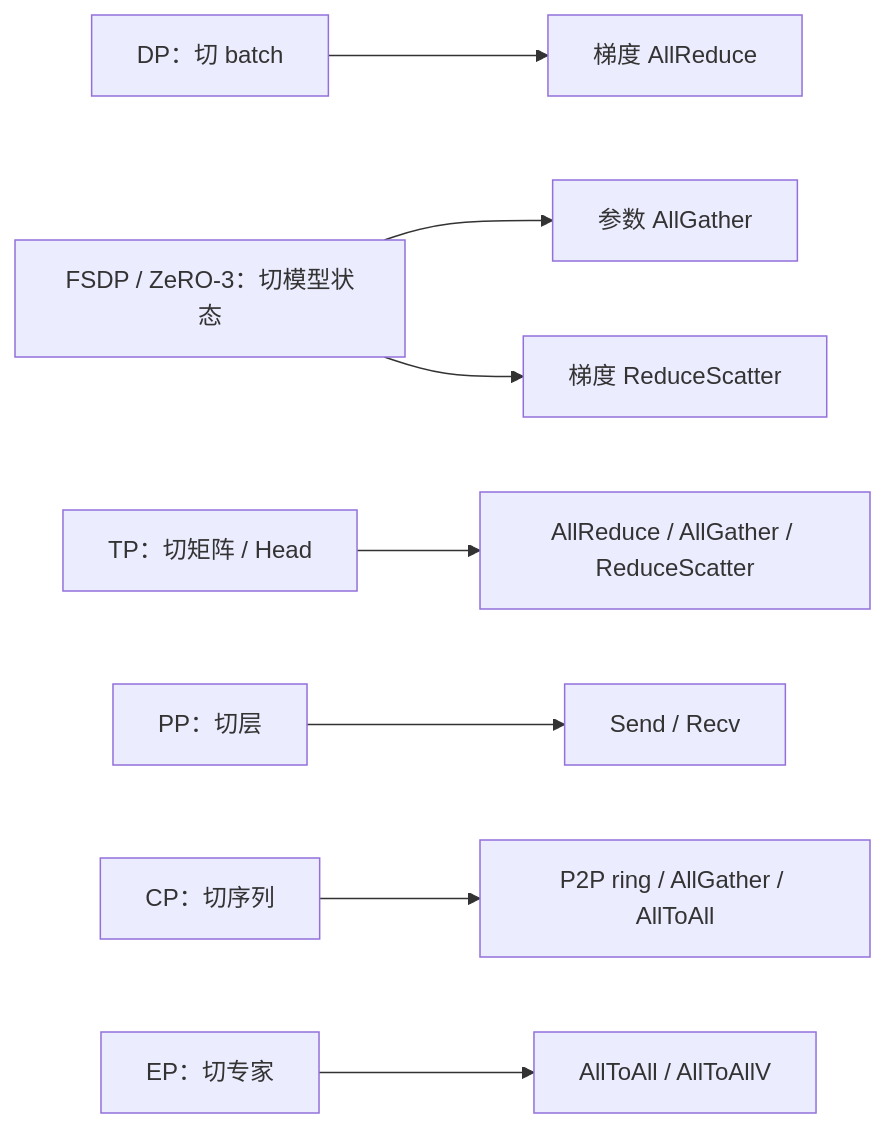
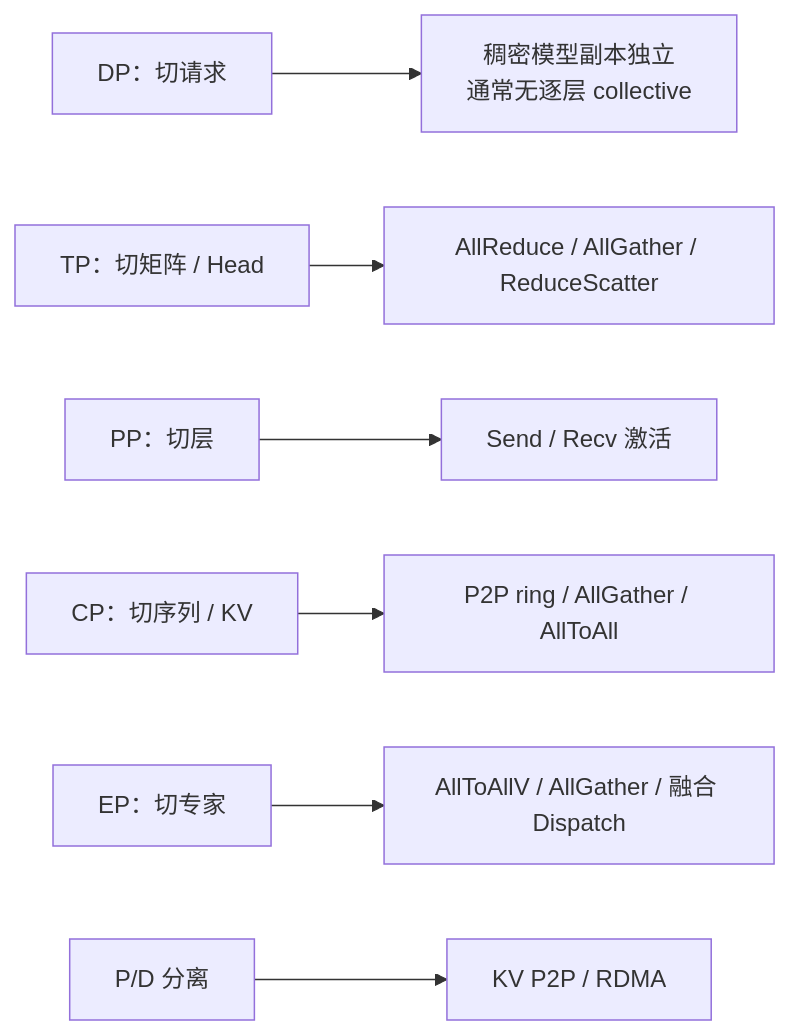
The fourth of 5 diagrams in docs/llm/communication-primitives.md (Zhaocen/zhaocen.github.io), drawn with Mermaid before and after one commit. The commit also changed other lines of this file and 2 other files, not shown here.

````diff
--- a/docs/llm/communication-primitives.md
+++ b/docs/llm/communication-primitives.md
@@ -311,10 +371,9 @@
-```mermaid
+~~~mermaid
 flowchart LR
-    DP["DP：切 batch"] --> AR["梯度 AllReduce"]
-    FSDP["FSDP / ZeRO-3：切模型状态"] --> FAG["参数 AllGather"]
-    FSDP --> FRS["梯度 ReduceScatter"]
-    TP["TP：切矩阵 / Head"] --> TAR["AllReduce / AllGather / ReduceScatter"]
-    PP["PP：切层"] --> P2P["Send / Recv"]
-    CP["CP：切序列"] --> CCOMM["P2P ring / AllGather / AllToAll"]
-    EP["EP：切专家"] --> A2A["AllToAll / AllToAllV"]
-```
+    DP["DP：切请求"] --> DPN["稠密模型副本独立<br/>通常无逐层 collective"]
+    TP["TP：切矩阵 / Head"] --> TPC["AllReduce / AllGather / ReduceScatter"]
+    PP["PP：切层"] --> PPC["Send / Recv 激活"]
+    CP["CP：切序列 / KV"] --> CPC["P2P ring / AllGather / AllToAll"]
+    EP["EP：切专家"] --> EPC["AllToAllV / AllGather / 融合 Dispatch"]
+    PD["P/D 分离"] --> PDC["KV P2P / RDMA"]
+~~~
````
